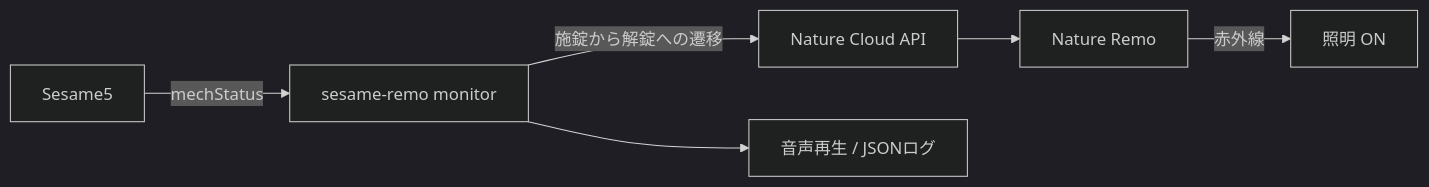
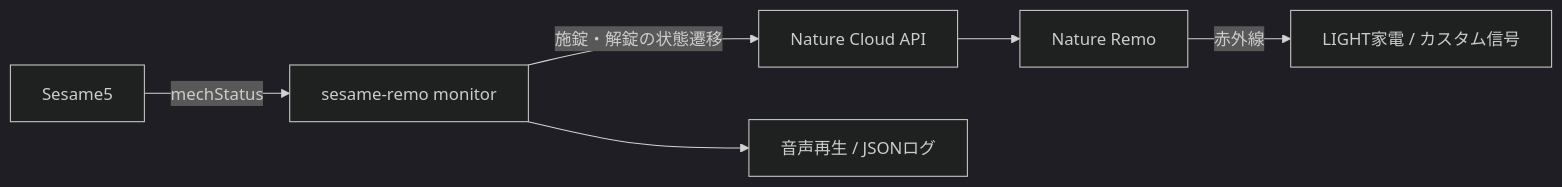
The diagram in README.md (hiroto7/sesame-remo), drawn with Mermaid (dark theme) before and after one commit. The commit also changed other lines of this file and 39 other files, not shown here.

````diff
--- a/README.md
+++ b/README.md
@@ -7,8 +7,8 @@
 ```mermaid
 flowchart LR
     S5["Sesame5"] -->|"mechStatus"| APP["sesame-remo monitor"]
-    APP -->|"施錠から解錠への遷移"| API["Nature Cloud API"]
+    APP -->|"施錠・解錠の状態遷移"| API["Nature Cloud API"]
     API --> REMO["Nature Remo"]
-    REMO -->|"赤外線"| LIGHT["照明 ON"]
+    REMO -->|"赤外線"| LIGHT["LIGHT家電 / カスタム信号"]
     APP --> SOUND["音声再生 / JSONログ"]
 ```
````
